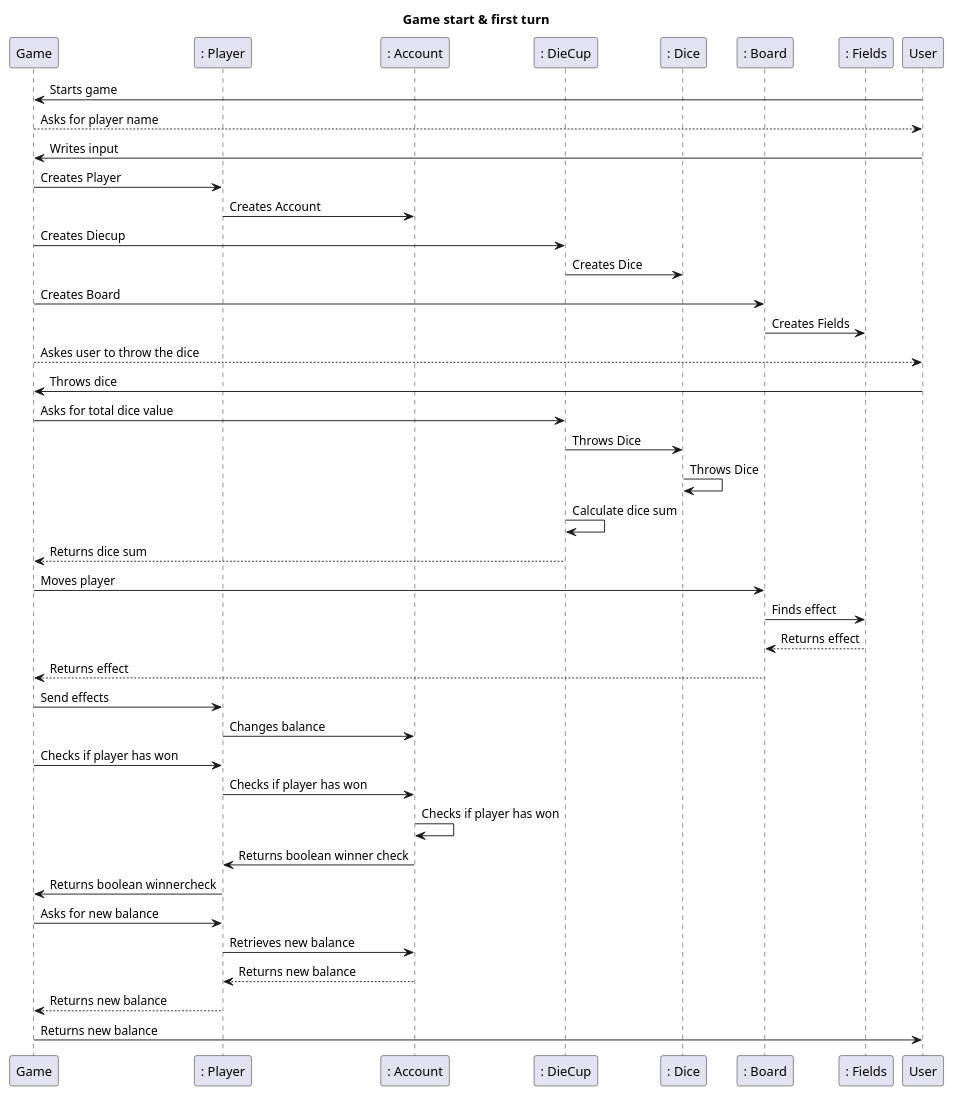
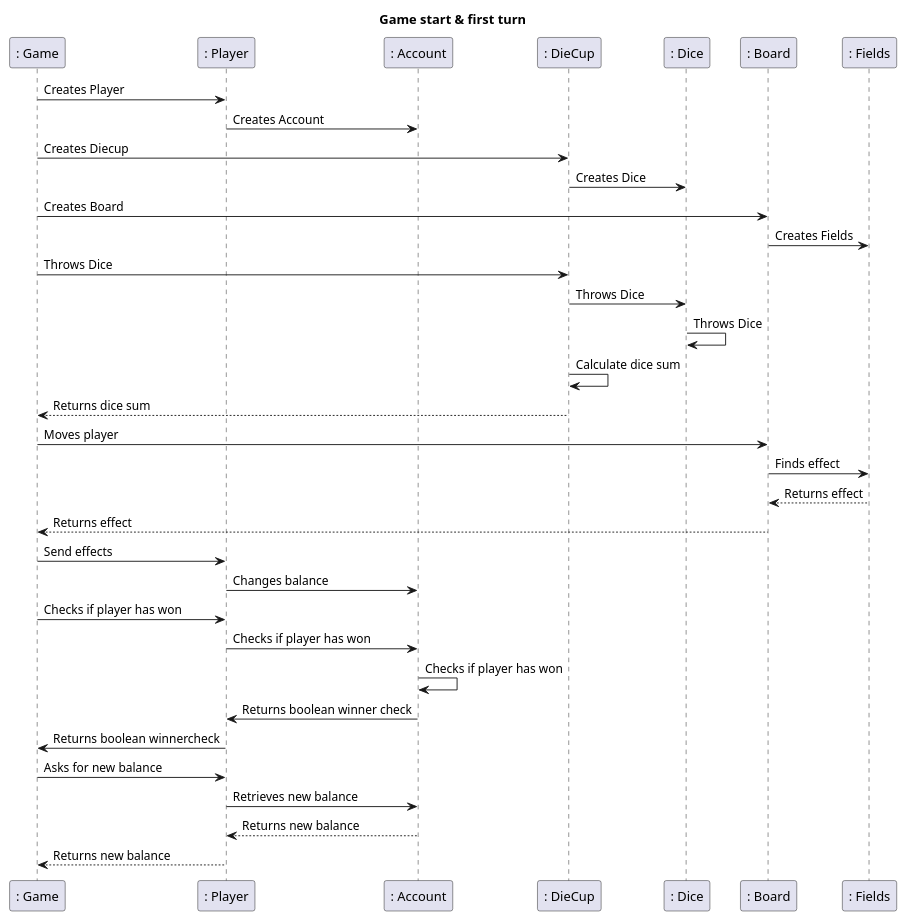
Before and after one commit to PhilipCramer/CDIO_del2: the diagram in src/main/resources/SystemSequenceDiagram.puml, drawn with PlantUML.

Commit message:
Minor changes

```diff
--- a/src/main/resources/SystemSequenceDiagram.puml
+++ b/src/main/resources/SystemSequenceDiagram.puml
@@ -1,47 +1,38 @@
 @startuml SystemSequenceDiagram
 title "Game start & first turn"
-participant Game
-participant Game
+
+participant ": Game"
 participant ": Player"
 participant ": Account"
 participant ": DieCup"
 participant ": Dice"
 participant ": Board"
 participant ": Fields"
 
-User -> Game : Starts game
-Game --> User : Asks for player name
-User -> Game : Writes input
-Game -> ": Player" : Creates Player 
+": Game" -> ": Player" : Creates Player 
 ": Player" -> ": Account" : Creates Account
-Game -> ": DieCup" : Creates Diecup
+": Game" -> ": DieCup" : Creates Diecup
 ": DieCup" -> ": Dice" : Creates Dice
-Game -> ": Board" : Creates Board
+": Game" -> ": Board" : Creates Board
 ": Board" -> ": Fields" : Creates Fields
-Game --> User : Askes user to throw the dice
-User -> Game : Throws dice
-Game -> ": DieCup" : Asks for total dice value
+": Game" -> ": DieCup" : Throws Dice
 ": DieCup" -> ": Dice" : Throws Dice
 ": Dice" -> ": Dice" : Throws Dice
 ": DieCup" -> ": DieCup" : Calculate dice sum
-": DieCup" --> Game : Returns dice sum
-Game -> ": Board" : Moves player
+": DieCup" --> ": Game" : Returns dice sum
+": Game" -> ": Board" : Moves player
 ": Board" -> ": Fields" : Finds effect
 ": Fields" --> ": Board" : Returns effect
-": Board" --> Game : Returns effect
-Game -> ": Player" : Send effects
+": Board" --> ": Game" : Returns effect
+": Game" -> ": Player" : Send effects
 ": Player" -> ": Account" : Changes balance
-Game -> ": Player" : Checks if player has won
+": Game" -> ": Player" : Checks if player has won
 ": Player" -> ": Account" : Checks if player has won
 ": Account" -> ": Account" : Checks if player has won
 ": Account" -> ": Player" : Returns boolean winner check
-": Player" -> Game : Returns boolean winnercheck
-Game -> ": Player" : Asks for new balance
+": Player" -> ": Game" : Returns boolean winnercheck
+": Game" -> ": Player" : Asks for new balance
 ": Player" -> ": Account" : Retrieves new balance
 ": Account" --> ": Player" : Returns new balance
-": Player" --> Game : Returns new balance
-Game -> User : Returns new balance
-
-
-
+": Player" --> ": Game" : Returns new balance
 @enduml
```
